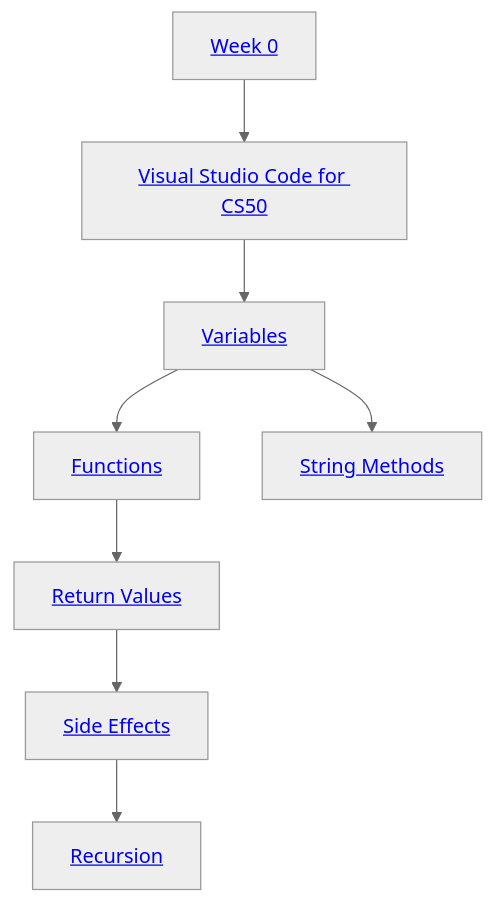
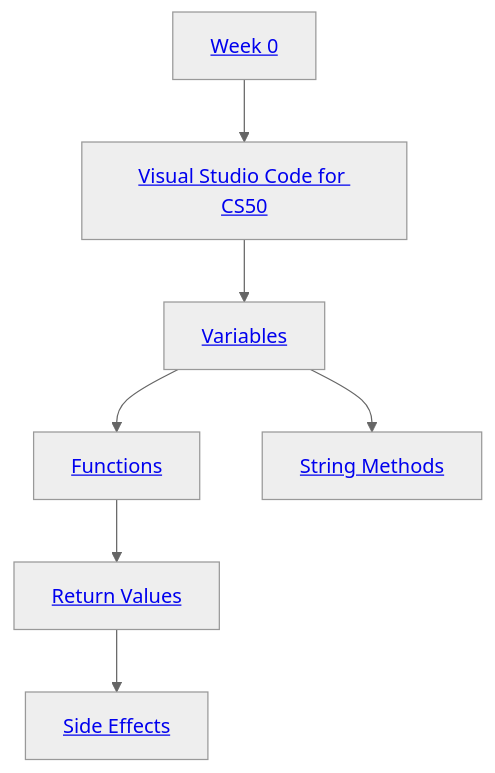
The first of 10 diagrams in python/shorts.md (alum-challenges/problems), drawn with Mermaid (neutral theme) before and after one commit. The commit also changed other lines of this file, not shown here.

````diff
--- a/python/shorts.md
+++ b/python/shorts.md
@@ -1,10 +3,9 @@
 ```mermaid
 flowchart TD
     A1[<a href='https://cs50.harvard.edu/python/2022/weeks/0/'>Week 0</a>] --> A2[<a href='https://cs50.harvard.edu/python/2022/shorts/visual_studio_code_for_cs50/'>Visual Studio Code for CS50</a>]
     A2 --> A0[<a href='https://cs50.harvard.edu/python/2022/shorts/variables/'>Variables</a>]
     A0 --> A3[<a href='https://cs50.harvard.edu/python/2022/shorts/functions/'>Functions</a>]
     A0 --> A8[<a href='https://cs50.harvard.edu/python/2022/shorts/string_methods/'>String Methods</a>]
     A3 --> A5[<a href='https://cs50.harvard.edu/python/2022/shorts/return_values/'>Return Values</a>]
     A5 --> A6[<a href='https://cs50.harvard.edu/python/2022/shorts/side_effects/'>Side Effects</a>]
-    A6 --> A7[<a href='https://cs50.harvard.edu/python/2022/shorts/recursion/'>Recursion</a>]
 ```
````
